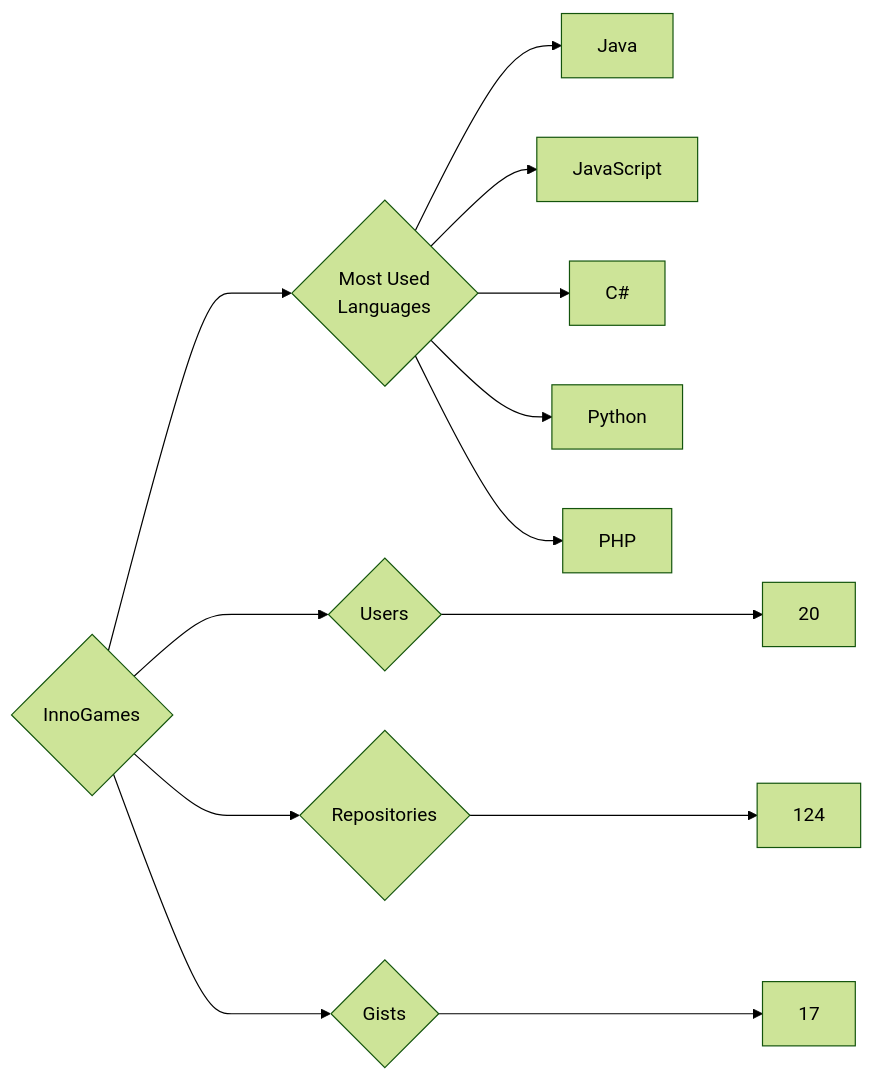
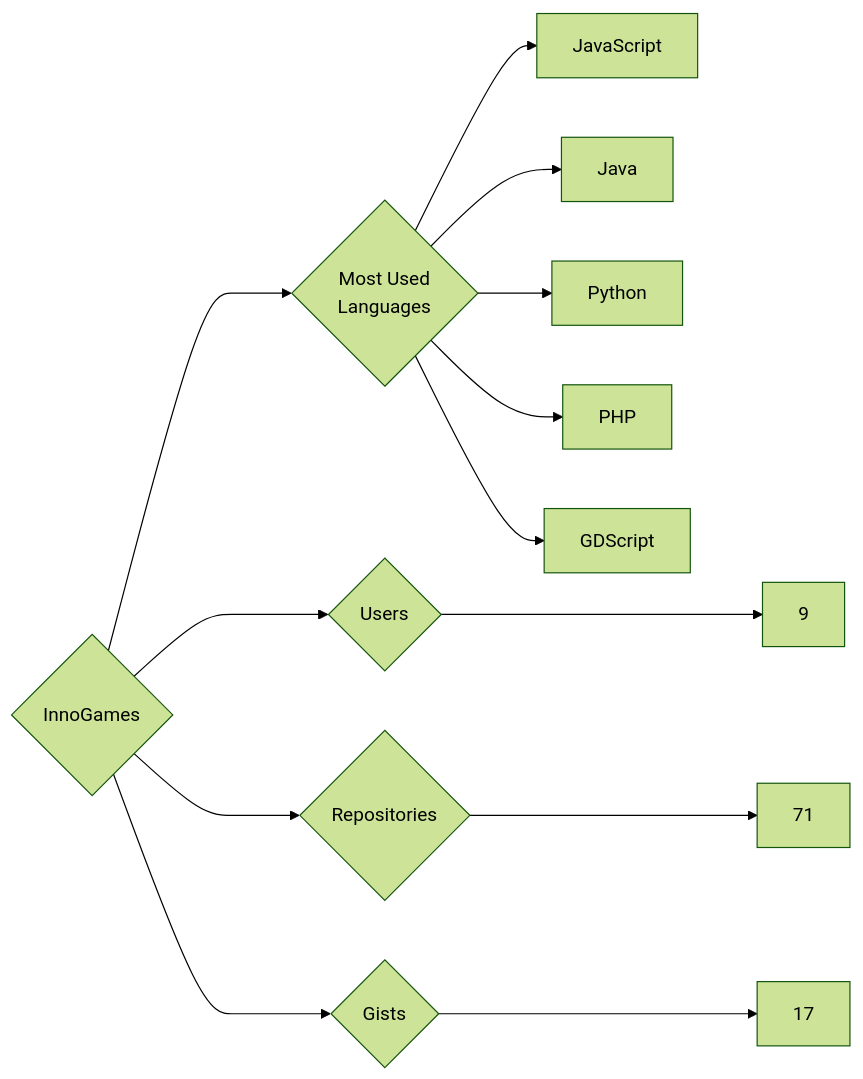
Before and after one commit to trickest/insiders: the diagram in targets/InnoGames/README.md, drawn with Mermaid (forest theme). The commit also changed 644 other files, not shown here.

````diff
--- a/targets/InnoGames/README.md
+++ b/targets/InnoGames/README.md
@@ -3,13 +3,13 @@
 ```mermaid
 graph LR
 COMPANY_NAME{InnoGames}
-COMPANY_NAME ---> U{Users} ---> UN[20]
-COMPANY_NAME ---> R{Repositories} ---> RN[124]
+COMPANY_NAME ---> U{Users} ---> UN[9]
+COMPANY_NAME ---> R{Repositories} ---> RN[71]
 COMPANY_NAME ---> G{Gists} ---> GN[17]
 COMPANY_NAME ---> ML{Most Used<br>Languages}
+ML --> JavaScript[JavaScript]
 ML --> Java[Java]
-ML --> JavaScript[JavaScript]
-ML --> C#[C#]
 ML --> Python[Python]
 ML --> PHP[PHP]
+ML --> GDScript[GDScript]
 ```
````
